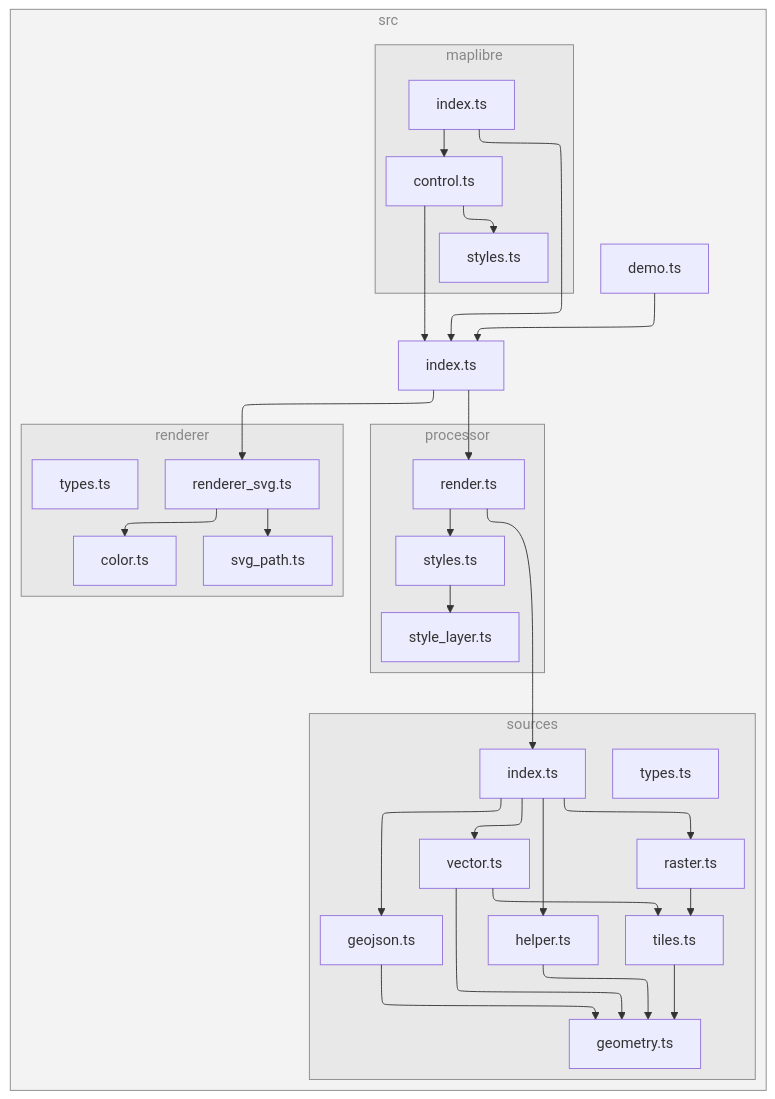
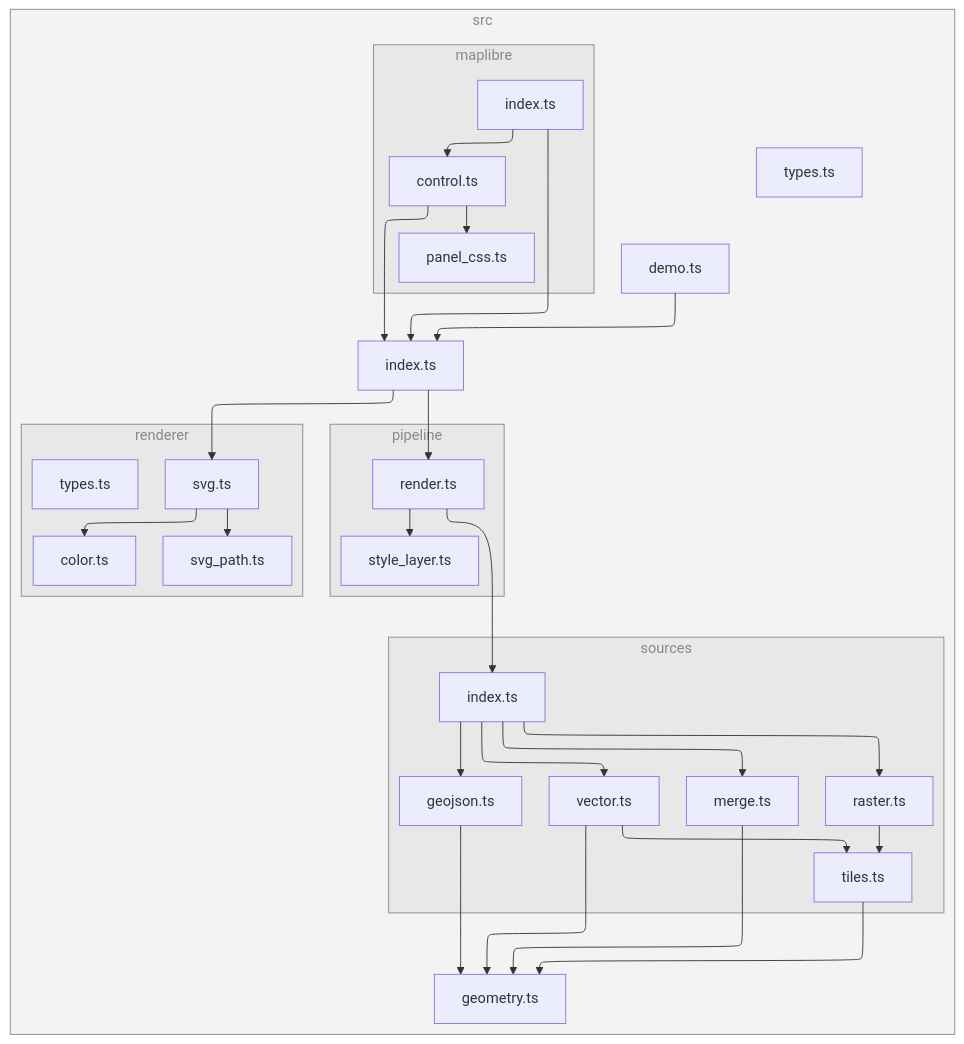
Before and after one commit to versatiles-org/versatiles-renderer: the diagram in README.md, drawn with Mermaid.

Commit message:
refactor: rename processor subgraph to pipeline and update related references

````diff
--- a/README.md
+++ b/README.md
@@ -126,63 +126,61 @@
 ```mermaid
 ---
 config:
   layout: elk
 ---
 flowchart TB
 
 subgraph 0["src"]
 1["demo.ts"]
 2["index.ts"]
-subgraph 3["processor"]
+subgraph 3["pipeline"]
 4["render.ts"]
-D["styles.ts"]
-E["style_layer.ts"]
+D["style_layer.ts"]
 end
 subgraph 5["sources"]
 6["index.ts"]
 7["geojson.ts"]
-8["geometry.ts"]
-9["helper.ts"]
+9["merge.ts"]
 A["raster.ts"]
 B["tiles.ts"]
 C["vector.ts"]
-O["types.ts"]
 end
-subgraph F["renderer"]
-G["renderer_svg.ts"]
-H["color.ts"]
-I["svg_path.ts"]
+8["geometry.ts"]
+subgraph E["renderer"]
+F["svg.ts"]
+G["color.ts"]
+H["svg_path.ts"]
+M["types.ts"]
+end
+subgraph I["maplibre"]
+J["control.ts"]
+K["panel_css.ts"]
+L["index.ts"]
+end
 N["types.ts"]
-end
-subgraph J["maplibre"]
-K["control.ts"]
-L["styles.ts"]
-M["index.ts"]
-end
 end
 1-->2
 2-->4
-2-->G
+2-->F
 4-->6
 4-->D
 6-->7
 6-->9
 6-->A
 6-->C
 7-->8
 9-->8
 A-->B
 B-->8
 C-->8
 C-->B
-D-->E
-G-->H
-G-->I
-K-->2
-K-->L
-M-->2
-M-->K
+F-->G
+F-->H
+J-->2
+J-->K
+L-->2
+L-->J
 
-class 0,3,5,F,J subgraphs;
+class 0,3,5,E,I subgraphs;
 classDef subgraphs fill-opacity:0.1, fill:#888, color:#888, stroke:#888;
 ```
````
